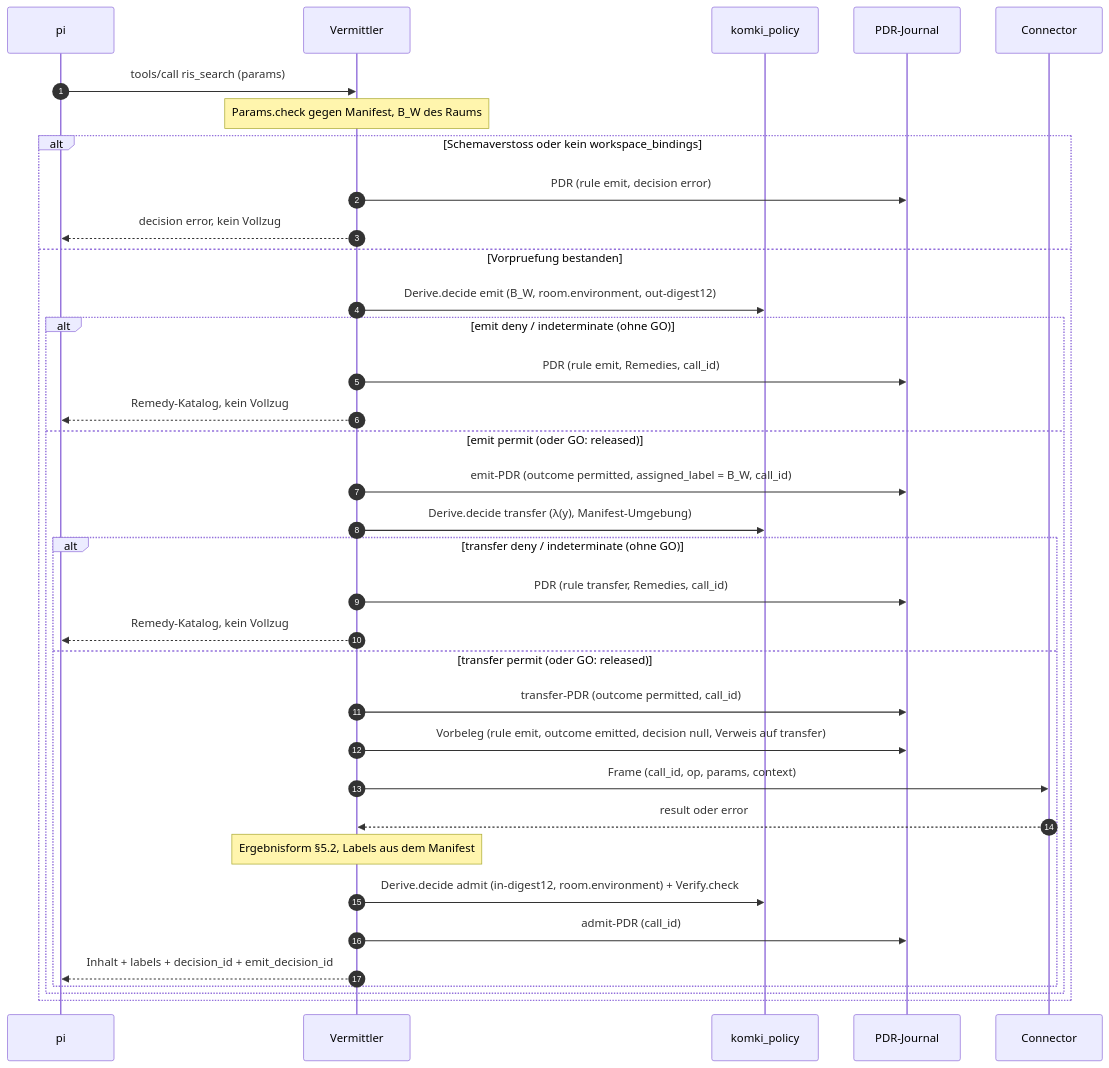
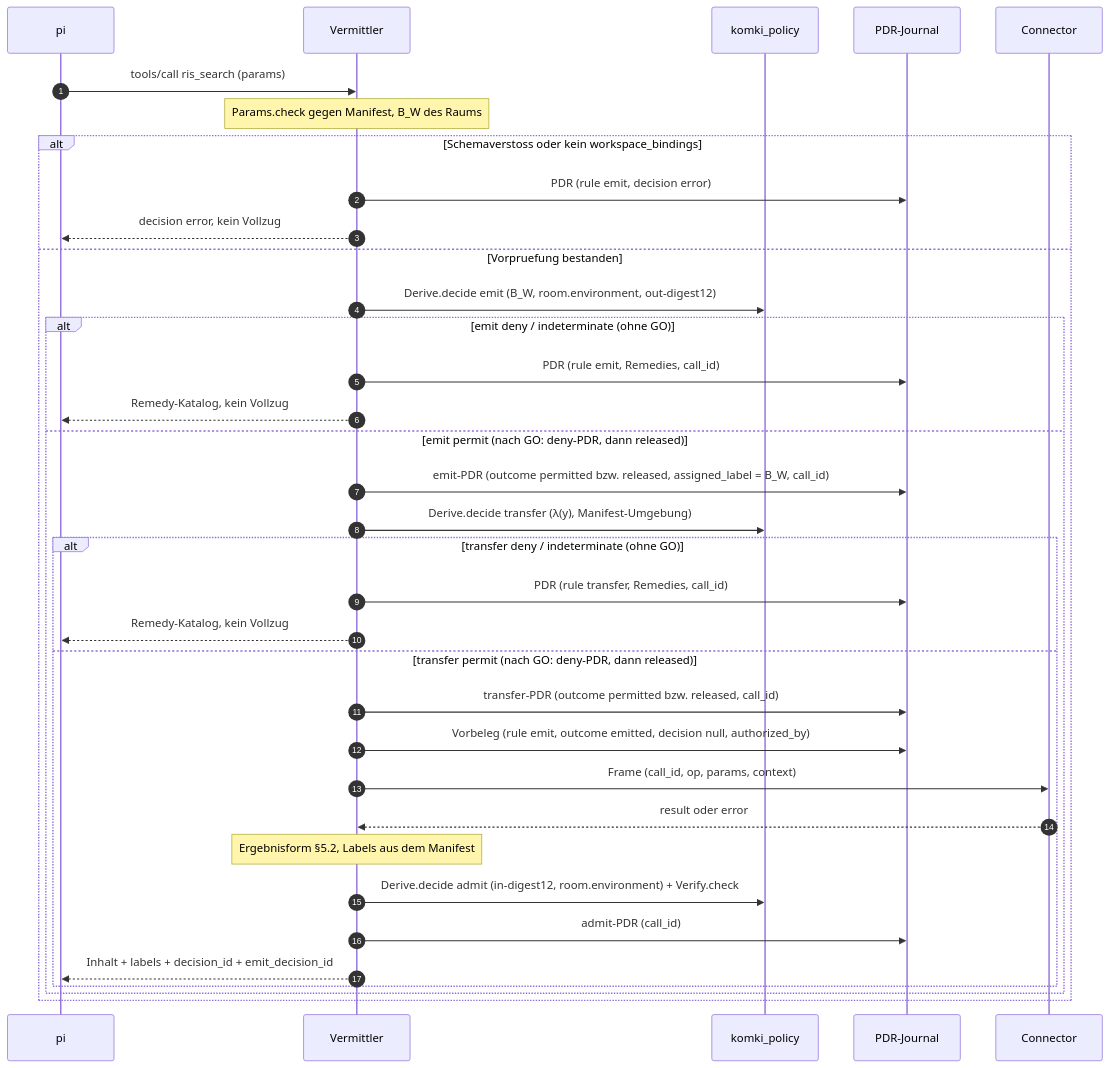
The third of 3 diagrams in apps/komki_mediator/README.md (croesnick/kommunalpolitik_ki), drawn with Mermaid before and after one commit. The commit also changed other lines of this file and 5 other files, not shown here.

Commit message:
Journal lückenlos, Review 3: Vorbeleg verweist per authorized_by eindeutig auf emit- und Gate-1b-Entscheidung; ein Helper für Entscheidungs-PDR; Diagramm/README (Ticket #298)

````diff
--- a/apps/komki_mediator/README.md
+++ b/apps/komki_mediator/README.md
@@ -153,38 +153,38 @@
 ```mermaid
 sequenceDiagram
     autonumber
     participant P as pi
     participant M as Vermittler
     participant K as komki_policy
     participant J as PDR-Journal
     participant C as Connector
 
     P->>M: tools/call ris_search (params)
     Note over M: Params.check gegen Manifest, B_W des Raums
     alt Schemaverstoss oder kein workspace_bindings
         M->>J: PDR (rule emit, decision error)
         M-->>P: decision error, kein Vollzug
     else Vorpruefung bestanden
         M->>K: Derive.decide emit (B_W, room.environment, out-digest12)
         alt emit deny / indeterminate (ohne GO)
             M->>J: PDR (rule emit, Remedies, call_id)
             M-->>P: Remedy-Katalog, kein Vollzug
-        else emit permit (oder GO: released)
-            M->>J: emit-PDR (outcome permitted, assigned_label = B_W, call_id)
+        else emit permit (nach GO: deny-PDR, dann released)
+            M->>J: emit-PDR (outcome permitted bzw. released, assigned_label = B_W, call_id)
             M->>K: Derive.decide transfer (λ(y), Manifest-Umgebung)
             alt transfer deny / indeterminate (ohne GO)
                 M->>J: PDR (rule transfer, Remedies, call_id)
                 M-->>P: Remedy-Katalog, kein Vollzug
-            else transfer permit (oder GO: released)
-                M->>J: transfer-PDR (outcome permitted, call_id)
-                M->>J: Vorbeleg (rule emit, outcome emitted, decision null, Verweis auf transfer)
+            else transfer permit (nach GO: deny-PDR, dann released)
+                M->>J: transfer-PDR (outcome permitted bzw. released, call_id)
+                M->>J: Vorbeleg (rule emit, outcome emitted, decision null, authorized_by)
                 M->>C: Frame (call_id, op, params, context)
                 C-->>M: result oder error
                 Note over M: Ergebnisform §5.2, Labels aus dem Manifest
                 M->>K: Derive.decide admit (in-digest12, room.environment) + Verify.check
                 M->>J: admit-PDR (call_id)
                 M-->>P: Inhalt + labels + decision_id + emit_decision_id
             end
         end
     end
 ```
````
